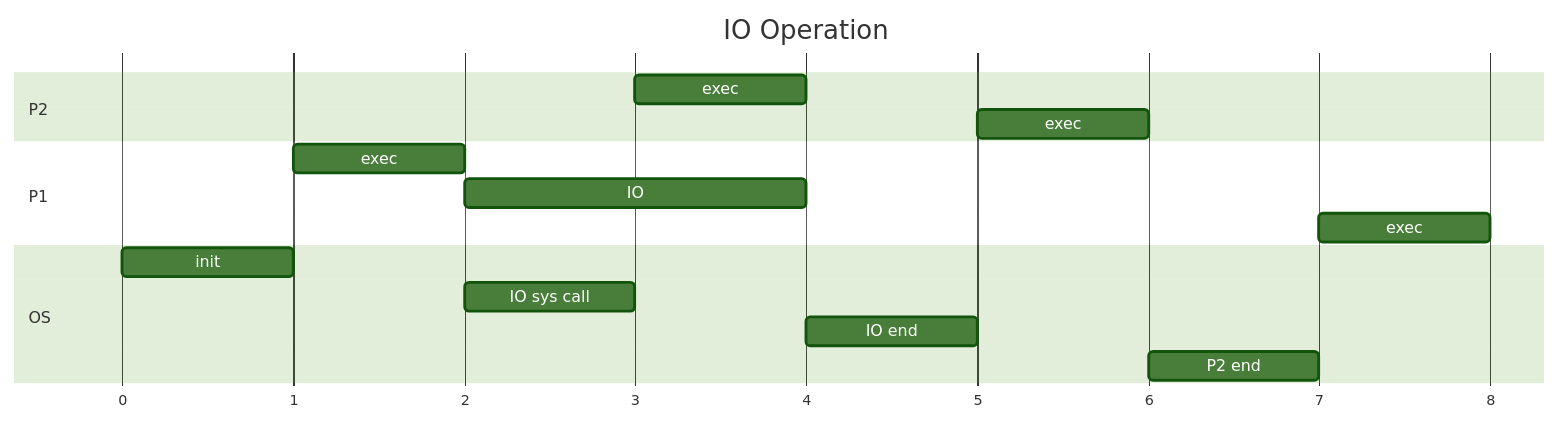
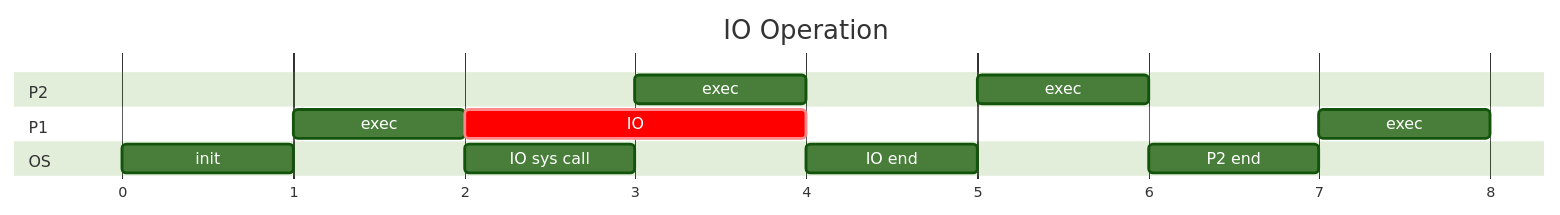
Before and after one commit to angelromarco04/MyNotes: the diagram in CS/OS/data/21_Intro.md, drawn with Mermaid (forest theme). The commit also changed 2 other files, not shown here.

Commit message:
vault backup: 2024-03-25 11:55:55

````diff
--- a/CS/OS/data/21_Intro.md
+++ b/CS/OS/data/21_Intro.md
@@ -67,21 +67,24 @@
 ```mermaid
+---
+displayMode: compact
+---
 gantt
     title IO Operation
     dateFormat X
     axisFormat %s
     
     section P2
         exec    : p2_1, after os_2, 4
         exec    : p2_2, after os_3, 6
         
     section P1
 	    exec    : p1_1, after os_1, 2
-	    IO      : p1_2, after p1_1, 4
+	    IO      : crit, p1_2, after p1_1, 4
 	    exec    : p1_3, after os_4, 8
 
 	section OS
 		init            : os_1, 0, 1
 		IO sys call     : os_2, after p1_1, 3
 		IO end    : os_3, after p1_2, 5
 		P2 end          : os_4, after p2_2, 7
 ```
````
